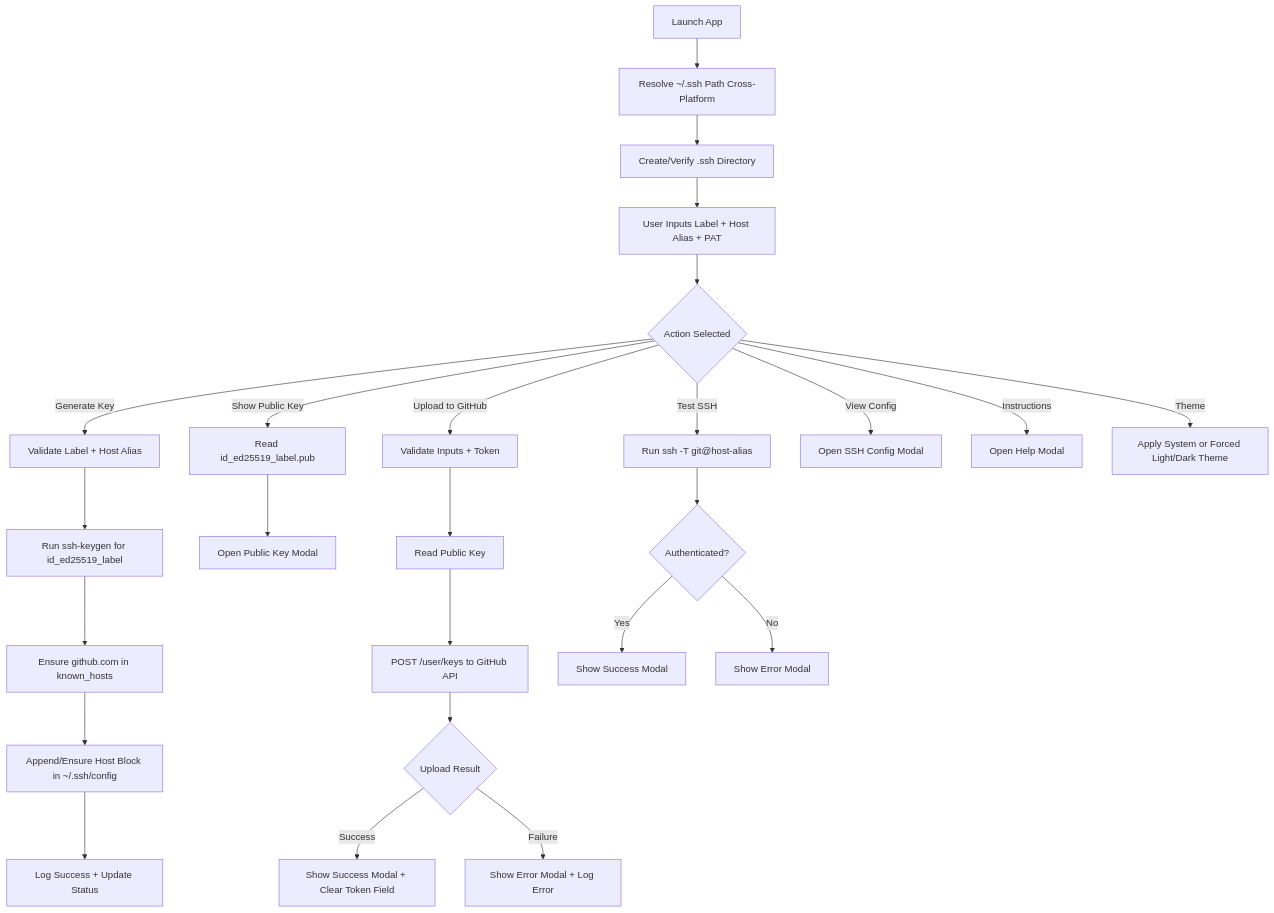
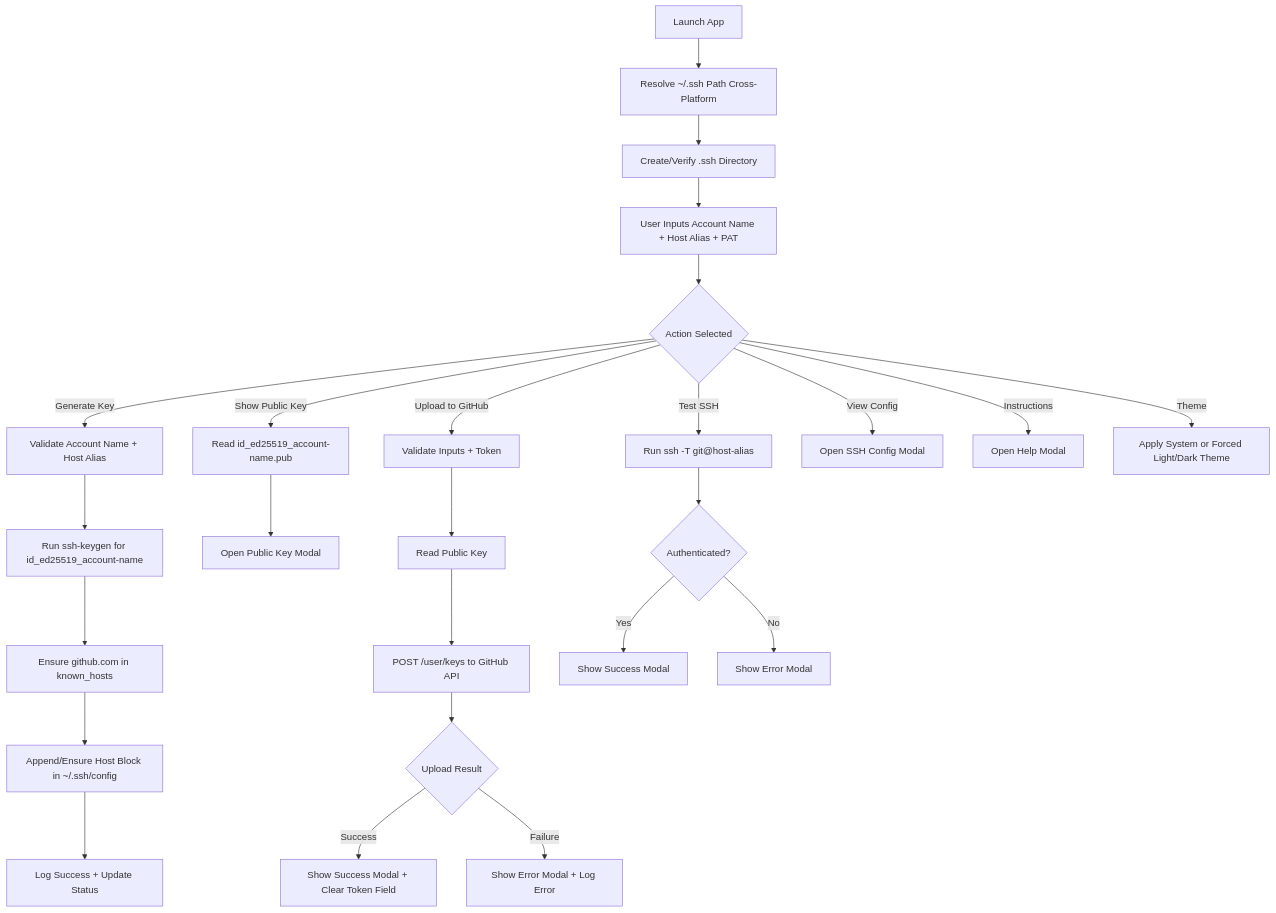
The diagram in README.md (Sarwarhridoy4/github-ssh-manager), drawn with Mermaid before and after one commit. The commit also changed other lines of this file and 13 other files, not shown here.

````diff
--- a/README.md
+++ b/README.md
@@ -252,33 +253,33 @@
 ```mermaid
 flowchart TD
     A[Launch App] --> B[Resolve ~/.ssh Path Cross-Platform]
     B --> C[Create/Verify .ssh Directory]
-    C --> D[User Inputs Label + Host Alias + PAT]
+    C --> D[User Inputs Account Name + Host Alias + PAT]
 
     D --> E{Action Selected}
 
-    E -->|Generate Key| F[Validate Label + Host Alias]
-    F --> G[Run ssh-keygen for id_ed25519_label]
+    E -->|Generate Key| F[Validate Account Name + Host Alias]
+    F --> G[Run ssh-keygen for id_ed25519_account-name]
     G --> H[Ensure github.com in known_hosts]
     H --> I[Append/Ensure Host Block in ~/.ssh/config]
     I --> J[Log Success + Update Status]
 
-    E -->|Show Public Key| K[Read id_ed25519_label.pub]
+    E -->|Show Public Key| K[Read id_ed25519_account-name.pub]
     K --> L[Open Public Key Modal]
 
     E -->|Upload to GitHub| M[Validate Inputs + Token]
     M --> N[Read Public Key]
     N --> O[POST /user/keys to GitHub API]
     O --> P{Upload Result}
     P -->|Success| Q[Show Success Modal + Clear Token Field]
     P -->|Failure| R[Show Error Modal + Log Error]
 
     E -->|Test SSH| S[Run ssh -T git@host-alias]
     S --> T{Authenticated?}
     T -->|Yes| U[Show Success Modal]
     T -->|No| V[Show Error Modal]
 
     E -->|View Config| W[Open SSH Config Modal]
     E -->|Instructions| X[Open Help Modal]
     E -->|Theme| Y[Apply System or Forced Light/Dark Theme]
 ```
````
